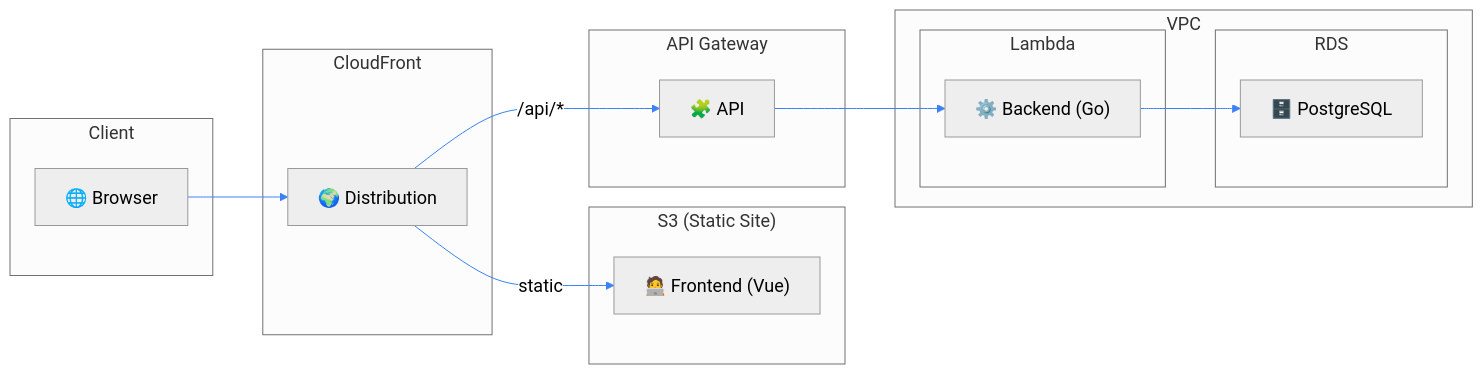
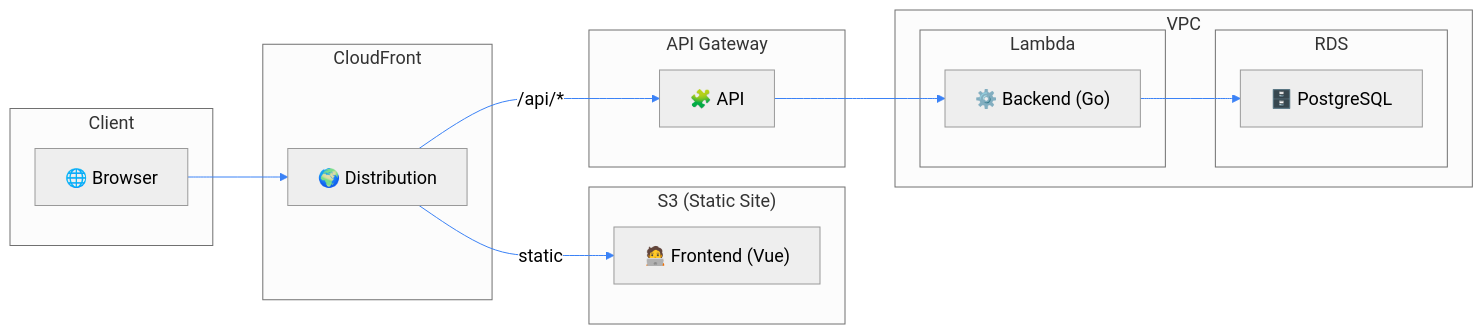
Before and after one commit to santiago-buildit/code-challenge: the diagram in README.md, drawn with Mermaid.

Commit message:
Fix architecture diagram.

````diff
--- a/README.md
+++ b/README.md
@@ -20,51 +20,51 @@
 ```mermaid
 %%{init: {"theme": "neutral", 
 
   "flowchart": {
-    "nodeSpacing": 80
+    "nodeSpacing": 60
   },
 "themeVariables": {
   "primaryColor": "#ffffff",
   "edgeLabelBackground": "#ffffff",
   "primaryTextColor": "#1f2937",
   "primaryBorderColor": "#444444",
   "lineColor": "#3b82f6",
   
   "fontFamily": "Segoe UI, sans-serif",
   "fontSize": "18px",
   "spacing": 90
 }}}%%
 
 flowchart LR
     subgraph CLIENT["Client"]
         User["🌐 Browser"]
     end
 
     subgraph CDN["CloudFront"]
         CF["🌍 Distribution"]
     end
 
     subgraph FRONTEND["S3 (Static Site)"]
         S3["🧑‍💻 Frontend (Vue)"]
     end
 
     subgraph API["API Gateway"]
         APIGW["🧩 API"]
     end
 
     subgraph VPC["VPC"]
         subgraph LAMBDA["Lambda"]
             Lambda["⚙️ Backend (Go)"]
         end
 
         subgraph RDS["RDS"]
             DB["🗄️ PostgreSQL"]
         end
     end
 
     User --> CF
     CF -->|/api/*| APIGW
     CF -->|static| S3
     APIGW --> Lambda
     Lambda --> DB
 ```
````
